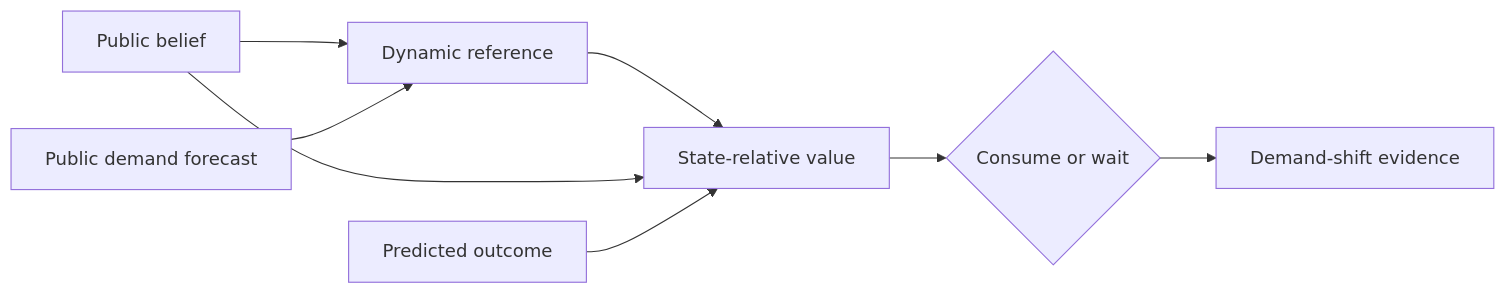
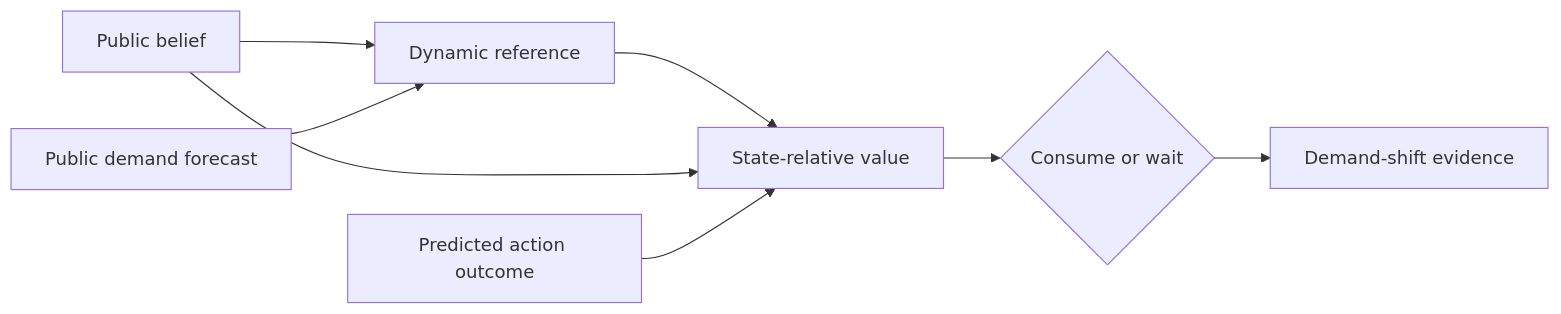
Before and after one commit to kmosoti/cognitive-miniworld: the diagram in docs/dossiers/M2/README.md, drawn with Mermaid. The commit also changed other lines of this file and 2 other files, not shown here.

````diff
--- a/docs/dossiers/M2/README.md
+++ b/docs/dossiers/M2/README.md
@@ -14,10 +10,10 @@
 ```mermaid
 flowchart LR
     B[Public belief] --> R[Dynamic reference]
     F[Public demand forecast] --> R
     R --> V[State-relative value]
     B --> V
-    O[Predicted outcome] --> V
+    O[Predicted action outcome] --> V
     V --> A{Consume or wait}
     A --> E[Demand-shift evidence]
 ```
````
